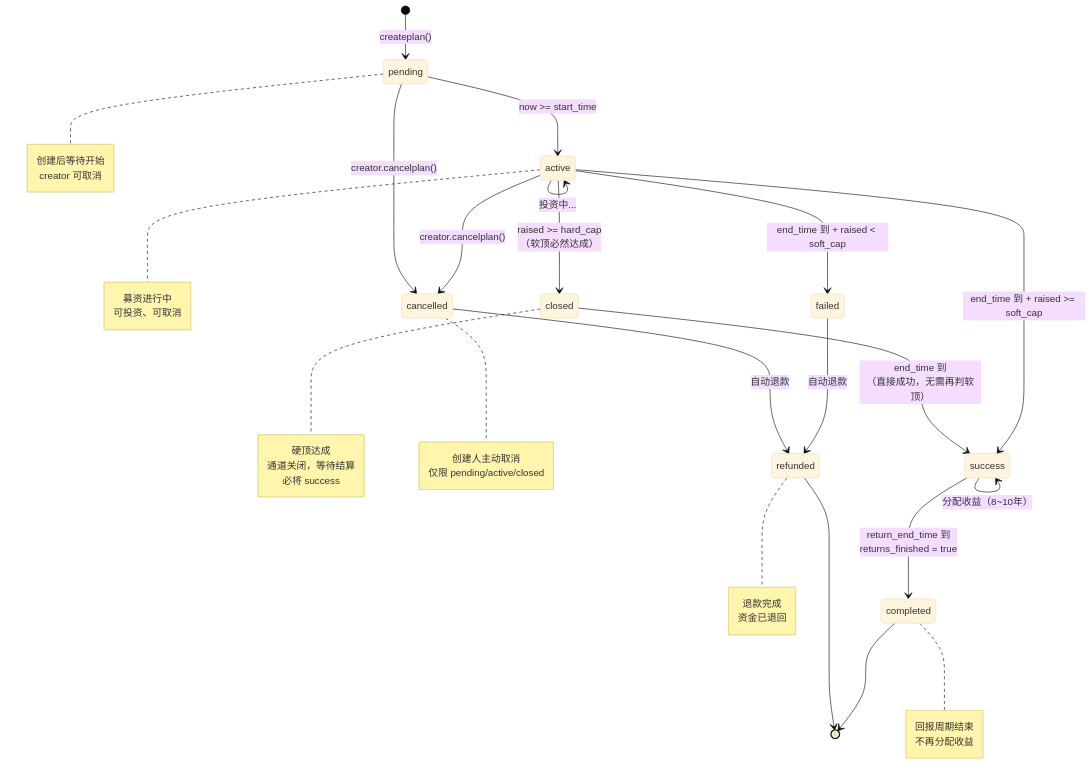
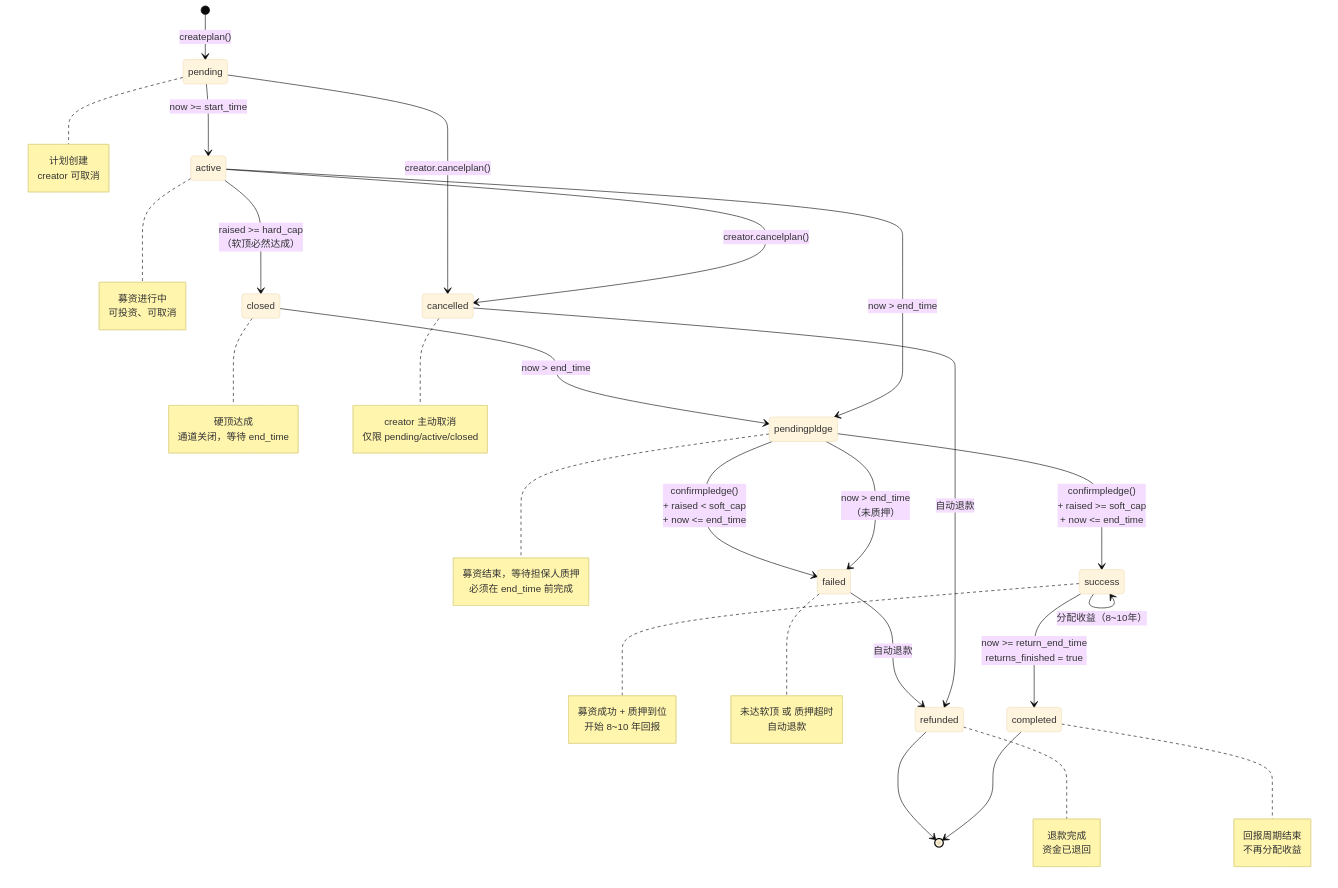
The second of 2 diagrams in rwa-tokenomics.md (fullon-labs/self_research), drawn with Mermaid (base theme) before and after one commit. The commit also changed other lines of this file, not shown here.

````diff
--- a/rwa-tokenomics.md
+++ b/rwa-tokenomics.md
@@ -24,63 +25,81 @@
 ```mermaid
 stateDiagram-v2
     [*] --> pending : createplan()
 
     %% 1. 启动阶段
     pending --> active : now >= start_time
     pending --> cancelled : creator.cancelplan()
 
     %% 2. 募资进行中
     active --> closed : raised >= hard_cap<br/>（软顶必然达成）
-    active --> active : 投资中...
     active --> cancelled : creator.cancelplan()
 
-    %% 3. 硬顶关闭（等待截止）
-    closed --> success : end_time 到<br/>（直接成功，无需再判软顶）
+    %% 3. 募资截止 → 进入 pendingpldge（等待质押）
+    closed --> pendingpldge : now > end_time
+    active --> pendingpldge : now > end_time
 
-    %% 4. 正常截止结算
-    active --> success : end_time 到 + raised >= soft_cap
-    active --> failed : end_time 到 + raised < soft_cap
+    %% 4. 质押处理（必须在 end_time 前）
+    pendingpldge --> success : confirmpledge()<br/>+ raised >= soft_cap<br/>+ now <= end_time
+    pendingpldge --> failed  : confirmpledge()<br/>+ raised < soft_cap<br/>+ now <= end_time
 
-    %% 5. 取消与失败 → 退款
+    %% 5. 质押超时 → 自动失败
+    pendingpldge --> failed : now > end_time<br/>（未质押）
+
+    %% 6. 成功 → 回报 → 完结
+    success --> completed : now >= return_end_time<br/>returns_finished = true
+    success --> success : 分配收益（8~10年）
+
+    %% 7. 失败/取消 → 退款
+    failed --> refunded : 自动退款
     cancelled --> refunded : 自动退款
-    failed --> refunded : 自动退款
     refunded --> [*]
 
-    %% 6. 成功 → 回报 → 完结
-    success --> completed : return_end_time 到<br/>returns_finished = true
-    success --> success : 分配收益（8~10年）
-
+    %% 8. 完结
     completed --> [*]
 
-    %% 注释
+    %% 注释说明
     note right of pending
-        创建后等待开始
+        计划创建
         creator 可取消
     end note
 
     note right of active
         募资进行中
         可投资、可取消
     end note
 
     note right of closed
         硬顶达成
-        通道关闭，等待结算
-        必将 success
+        通道关闭，等待 end_time
+    end note
+
+    note right of pendingpldge
+        募资结束，等待担保人质押
+        必须在 end_time 前完成
+    end note
+
+    note right of success
+        募资成功 + 质押到位
+        开始 8~10 年回报
+    end note
+
+    note right of failed
+        未达软顶 或 质押超时
+        自动退款
     end note
 
     note right of cancelled
-        创建人主动取消
+        creator 主动取消
         仅限 pending/active/closed
     end note
 
     note right of refunded
         退款完成
         资金已退回
     end note
 
     note right of completed
         回报周期结束
         不再分配收益
     end note
 ```
````
